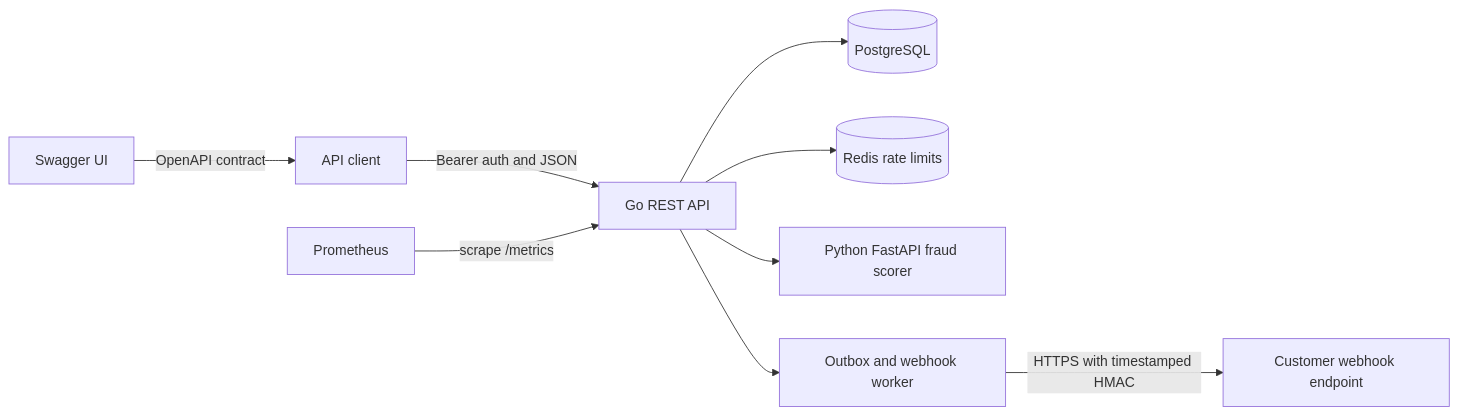
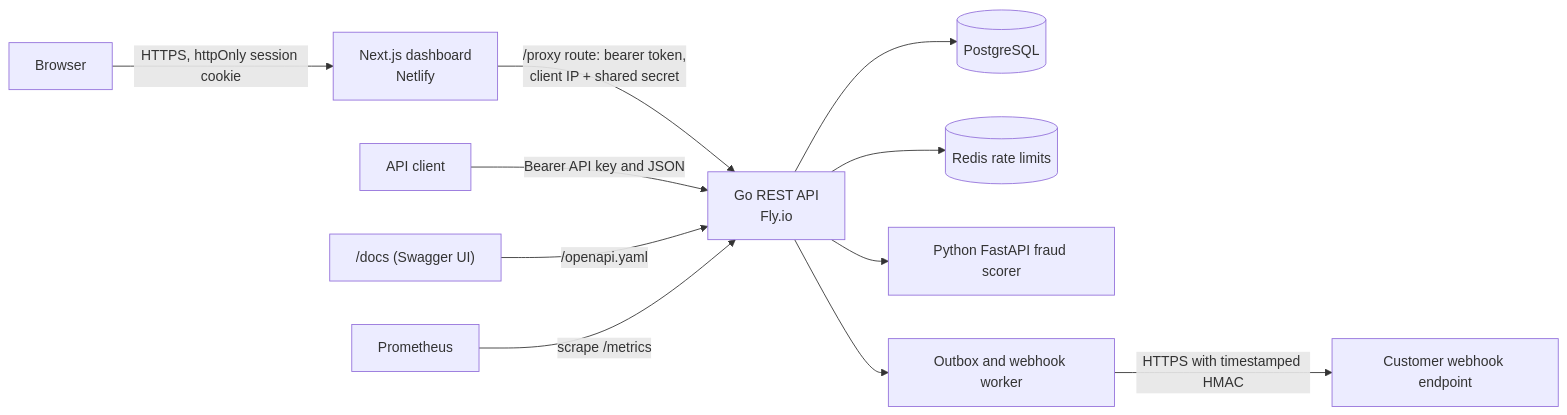
Before and after one commit to manziosee/AegisPay: the diagram in README.md, drawn with Mermaid. The commit also changed other lines of this file and 53 other files, not shown here.

````diff
--- a/README.md
+++ b/README.md
@@ -37,11 +56,13 @@
 ```mermaid
 flowchart LR
-    Client[API client] -->|Bearer auth and JSON| API[Go REST API]
-    Swagger[Swagger UI] -->|OpenAPI contract| Client
+    Browser[Browser] -->|HTTPS, httpOnly session cookie| Dash[Next.js dashboard<br/>Netlify]
+    Dash -->|/proxy route: bearer token,<br/>client IP + shared secret| API[Go REST API<br/>Fly.io]
+    Client[API client] -->|Bearer API key and JSON| API
+    Docs["/docs (Swagger UI)"] -->|/openapi.yaml| API
     API --> PG[(PostgreSQL)]
     API --> Redis[(Redis rate limits)]
     API --> Fraud[Python FastAPI fraud scorer]
     API --> Outbox[Outbox and webhook worker]
     Outbox -->|HTTPS with timestamped HMAC| Endpoint[Customer webhook endpoint]
     Prom[Prometheus] -->|scrape /metrics| API
 ```
````
